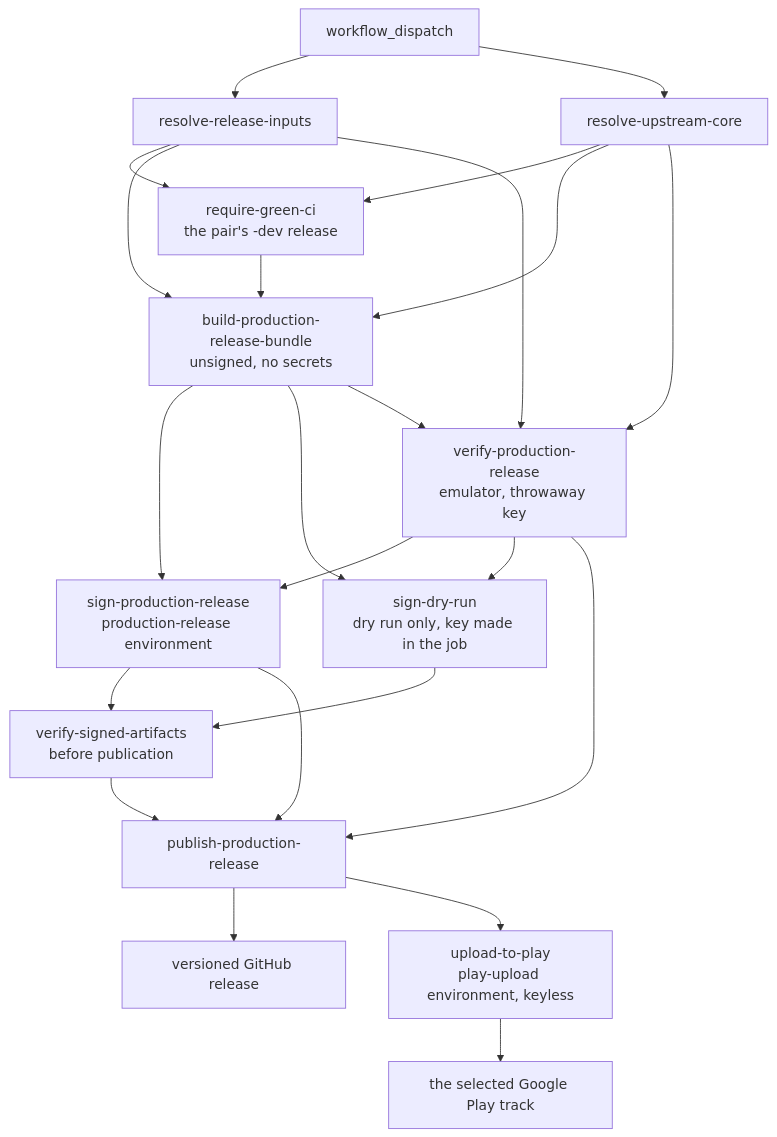
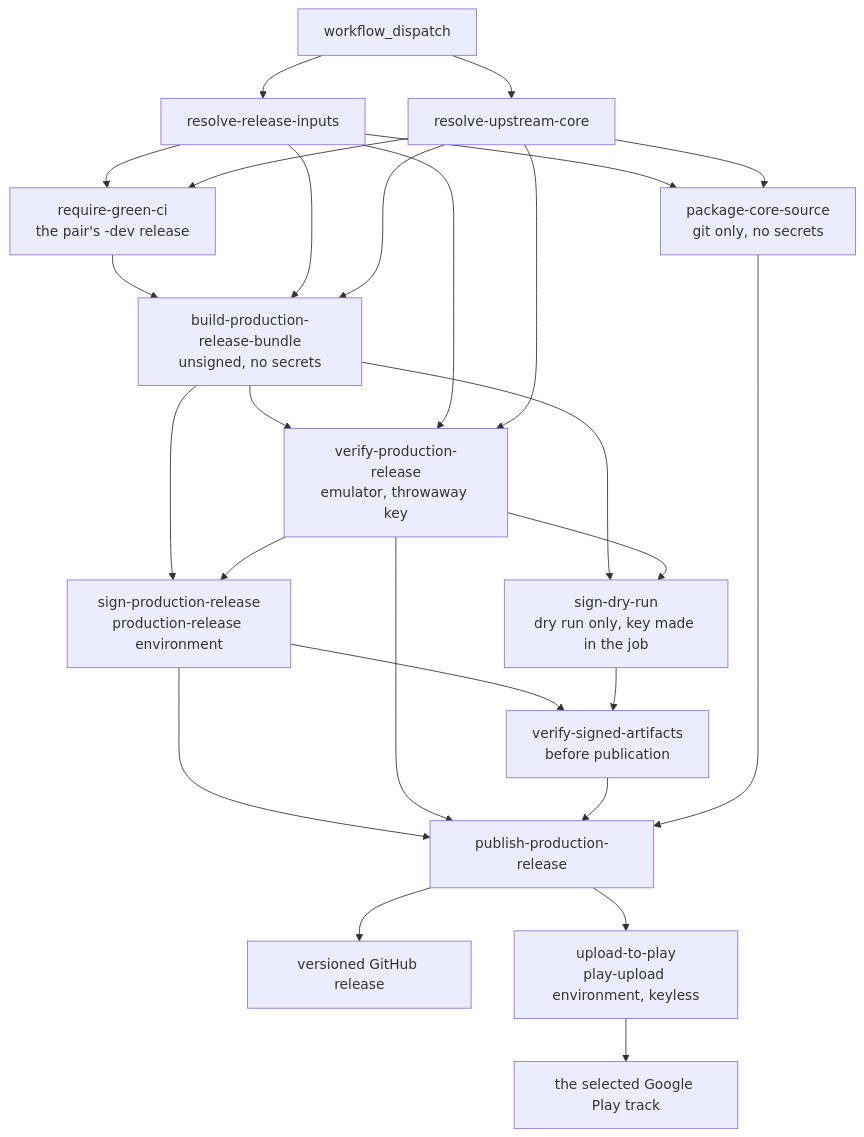
One commit to ppigazzini/r47zen changed the second of 2 diagrams in android/docs/dev/07-ci-and-release-workflow.md. Above: the diagram before and after it, drawn with Mermaid. The commit also changed other lines of this file and 8 other files, not shown here.

````diff
--- a/android/docs/dev/07-ci-and-release-workflow.md
+++ b/android/docs/dev/07-ci-and-release-workflow.md
@@ -770,39 +775,43 @@
 ```mermaid
 flowchart TD
   A[workflow_dispatch]
   B[resolve-release-inputs]
   C[resolve-upstream-core]
   G[require-green-ci<br/>the pair's -dev release]
   E[build-production-release-bundle<br/>unsigned, no secrets]
   S[sign-production-release<br/>production-release environment]
   D[sign-dry-run<br/>dry run only, key made in the job]
   V[verify-production-release<br/>emulator, throwaway key]
+  SRC[package-core-source<br/>git only, no secrets]
   W[verify-signed-artifacts<br/>before publication]
   I[publish-production-release]
   J[versioned GitHub release]
   P[upload-to-play<br/>play-upload environment, keyless]
   K[the selected Google Play track]
 
   A --> B
   A --> C
   B --> G
   C --> G
   G --> E
   B --> E
   C --> E
   E --> S
   E --> D
   E --> V
   B --> V
   C --> V
   V --> S
   V --> D
   S --> W
   D --> W
   S --> I
   V --> I
   W --> I
+  B --> SRC
+  C --> SRC
+  SRC --> I
   I --> J
   I --> P
   P --> K
 ```
````
